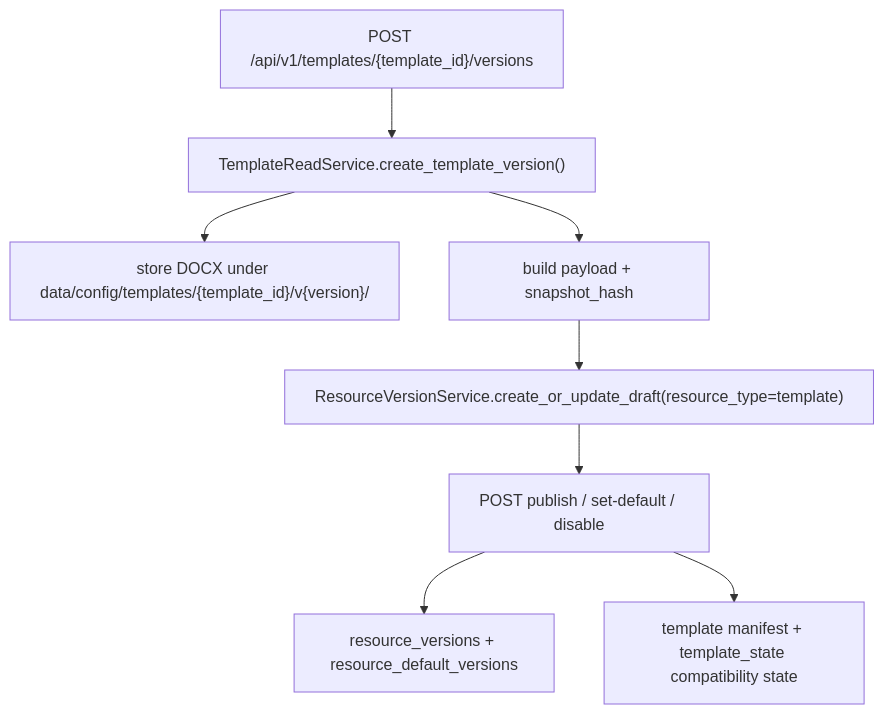
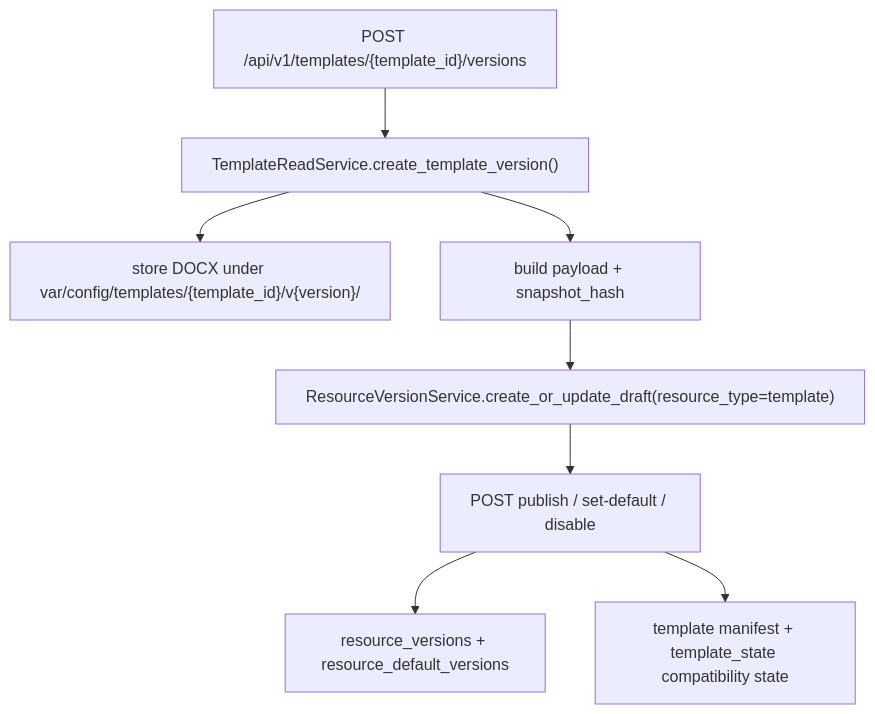
The third of 9 diagrams in .codestable/architecture/backend-fastapi-service.md (ccisnoxx/md2word), drawn with Mermaid before and after one commit. The commit also changed other lines of this file and 384 other files, not shown here.

````diff
--- a/.codestable/architecture/backend-fastapi-service.md
+++ b/.codestable/architecture/backend-fastapi-service.md
@@ -138,10 +126,10 @@
 ```mermaid
 flowchart TD
     A["POST /api/v1/templates/{template_id}/versions"] --> B["TemplateReadService.create_template_version()"]
-    B --> C["store DOCX under data/config/templates/{template_id}/v{version}/"]
+    B --> C["store DOCX under var/config/templates/{template_id}/v{version}/"]
     B --> D["build payload + snapshot_hash"]
     D --> E["ResourceVersionService.create_or_update_draft(resource_type=template)"]
     E --> F["POST publish / set-default / disable"]
     F --> G["resource_versions + resource_default_versions"]
     F --> H["template manifest + template_state compatibility state"]
 ```
````
